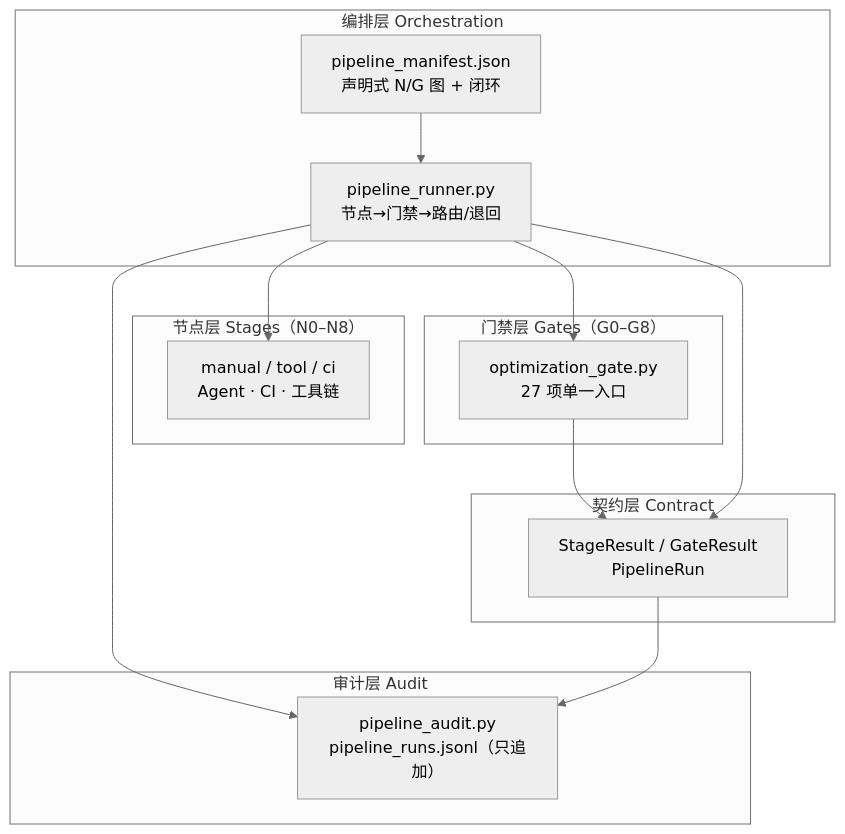
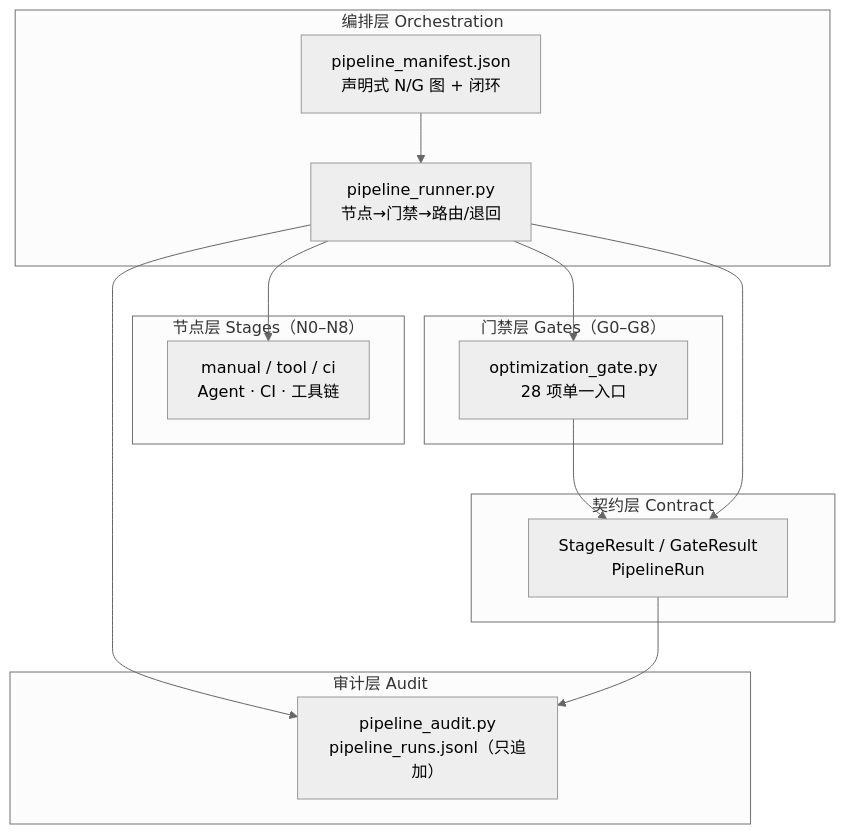
One commit to hmbphxkw76-byte/tech-context-digest changed the diagram in engine/docs/report-pipeline-implementation-plan.md. Above: the diagram before and after it, drawn with Mermaid (neutral theme). The commit also changed other lines of this file and 27 other files, not shown here.

````diff
--- a/engine/docs/report-pipeline-implementation-plan.md
+++ b/engine/docs/report-pipeline-implementation-plan.md
@@ -24,26 +24,26 @@
 ```mermaid
 flowchart TB
     subgraph ORCH["编排层 Orchestration"]
         M["pipeline_manifest.json<br/>声明式 N/G 图 + 闭环"]
         R["pipeline_runner.py<br/>节点→门禁→路由/退回"]
     end
     subgraph STAGE["节点层 Stages（N0–N8）"]
         S["manual / tool / ci<br/>Agent · CI · 工具链"]
     end
     subgraph GATE["门禁层 Gates（G0–G8）"]
-        OG["optimization_gate.py<br/>27 项单一入口"]
+        OG["optimization_gate.py<br/>28 项单一入口"]
     end
     subgraph CONTRACT["契约层 Contract"]
         C["StageResult / GateResult<br/>PipelineRun"]
     end
     subgraph AUDIT["审计层 Audit"]
         A["pipeline_audit.py<br/>pipeline_runs.jsonl（只追加）"]
     end
     M --> R
     R --> S
     R --> OG
     OG --> C
     R --> C
     R --> A
     C --> A
 ```
````
